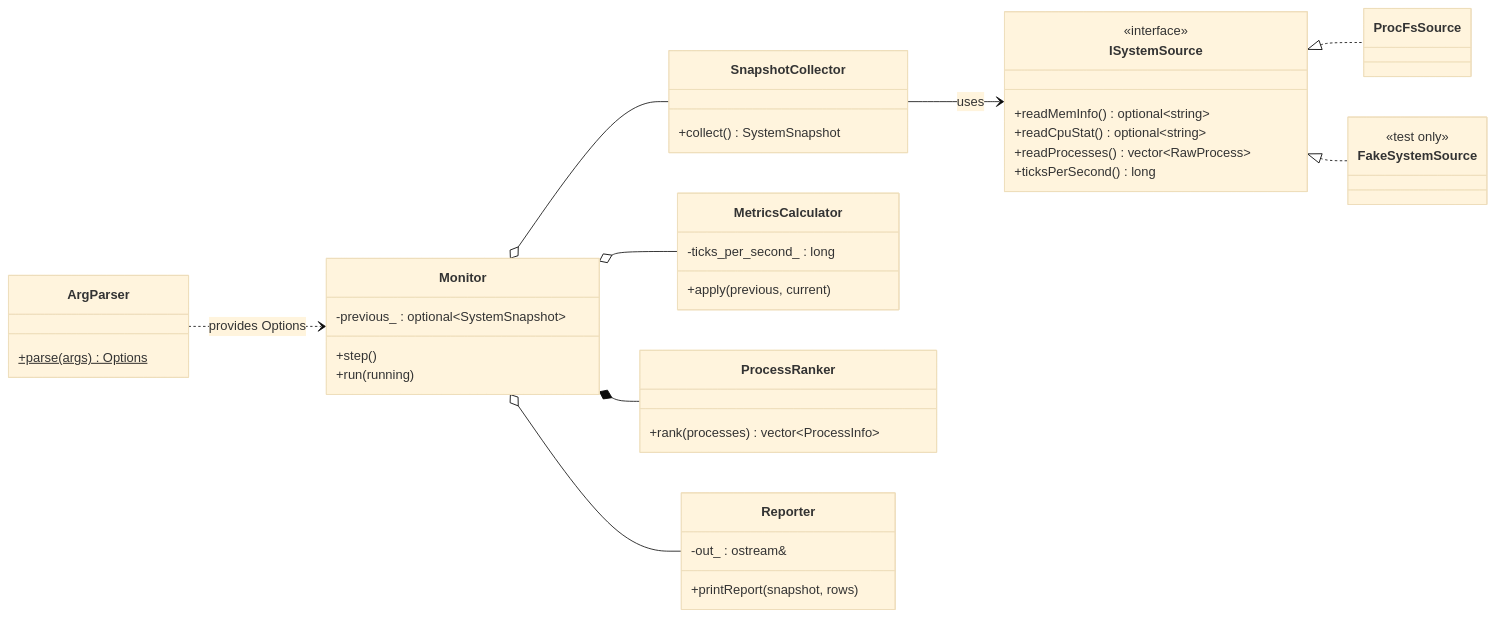
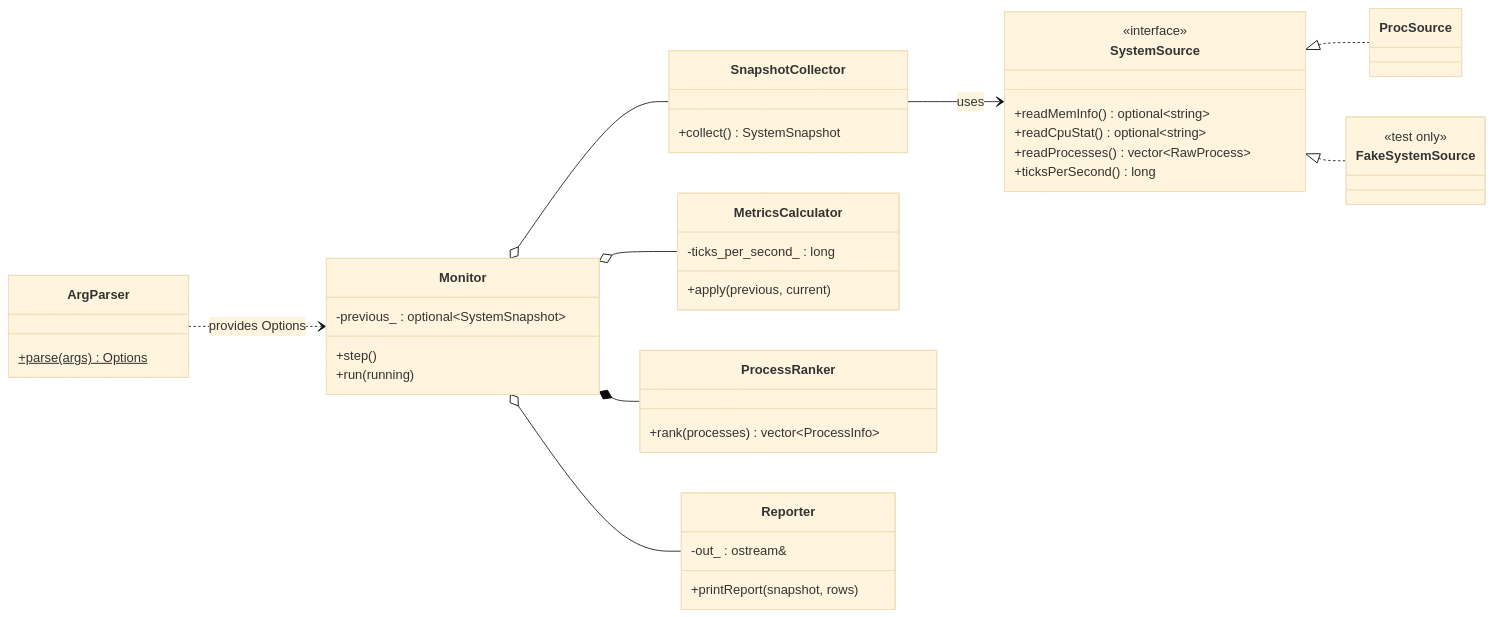
The first of 2 diagrams in design.md (aidenpoynor/3460-Course-Project), drawn with Mermaid (base theme) before and after one commit. The commit also changed other lines of this file, not shown here.

````diff
--- a/design.md
+++ b/design.md
@@ -43,48 +43,48 @@
 ```mermaid
 classDiagram
     direction LR
 
-    class ISystemSource {
+    class SystemSource {
         <<interface>>
         +readMemInfo() optional~string~
         +readCpuStat() optional~string~
         +readProcesses() vector~RawProcess~
         +ticksPerSecond() long
     }
-    class ProcFsSource
+    class ProcSource
     class FakeSystemSource {
         <<test only>>
     }
-    ISystemSource <|.. ProcFsSource
-    ISystemSource <|.. FakeSystemSource
+    SystemSource <|.. ProcSource
+    SystemSource <|.. FakeSystemSource
 
     class SnapshotCollector {
         +collect() SystemSnapshot
     }
     class MetricsCalculator {
         -ticks_per_second_ : long
         +apply(previous, current)
     }
     class ProcessRanker {
         +rank(processes) vector~ProcessInfo~
     }
     class Reporter {
         -out_ : ostream&
         +printReport(snapshot, rows)
     }
     class ArgParser {
         +parse(args)$ Options
     }
     class Monitor {
         -previous_ : optional~SystemSnapshot~
         +step()
         +run(running)
     }
 
-    SnapshotCollector --> ISystemSource : uses
+    SnapshotCollector --> SystemSource : uses
     Monitor o-- SnapshotCollector
     Monitor o-- MetricsCalculator
     Monitor *-- ProcessRanker
     Monitor o-- Reporter
     ArgParser ..> Monitor : provides Options
 ```
````
